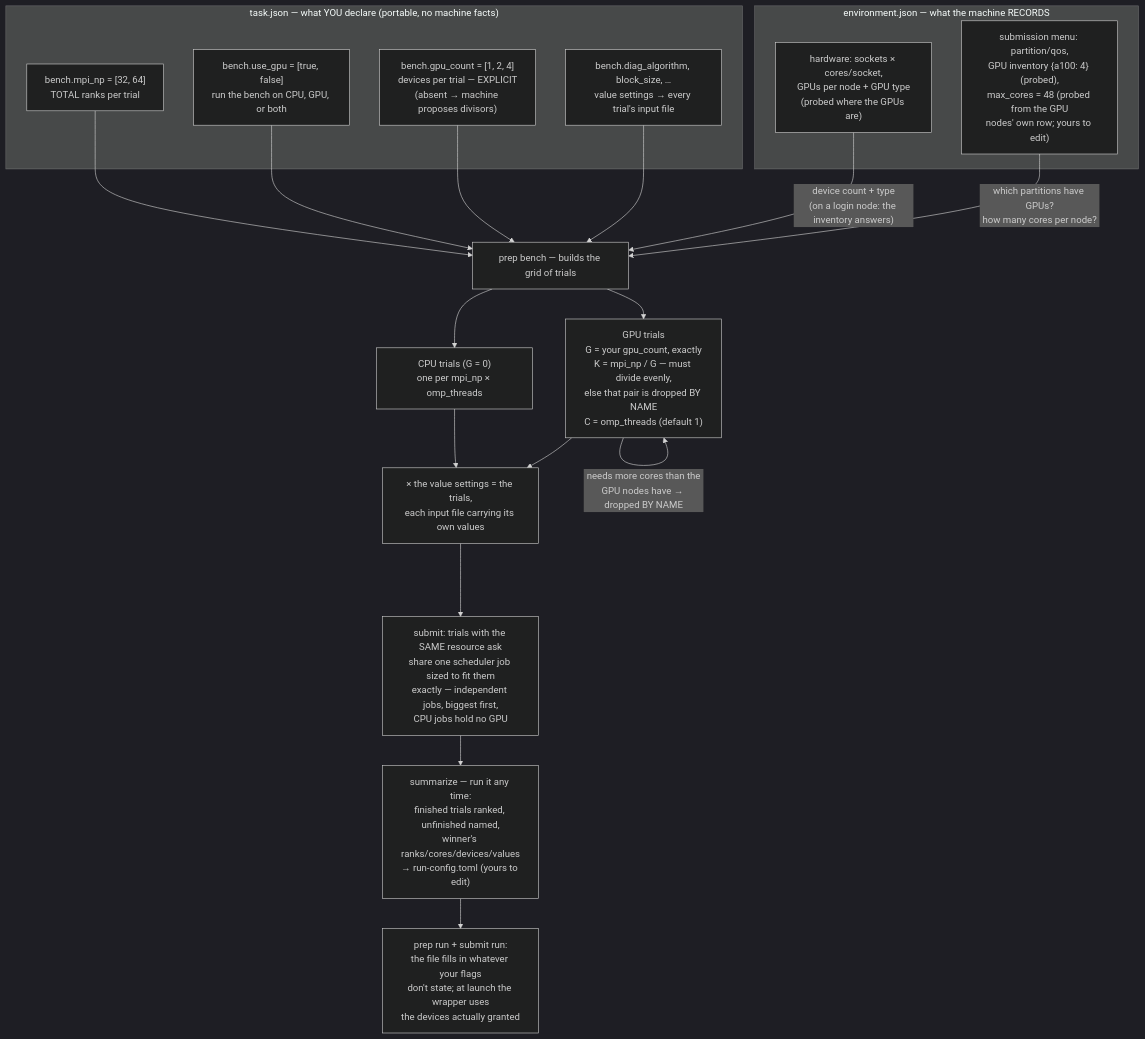
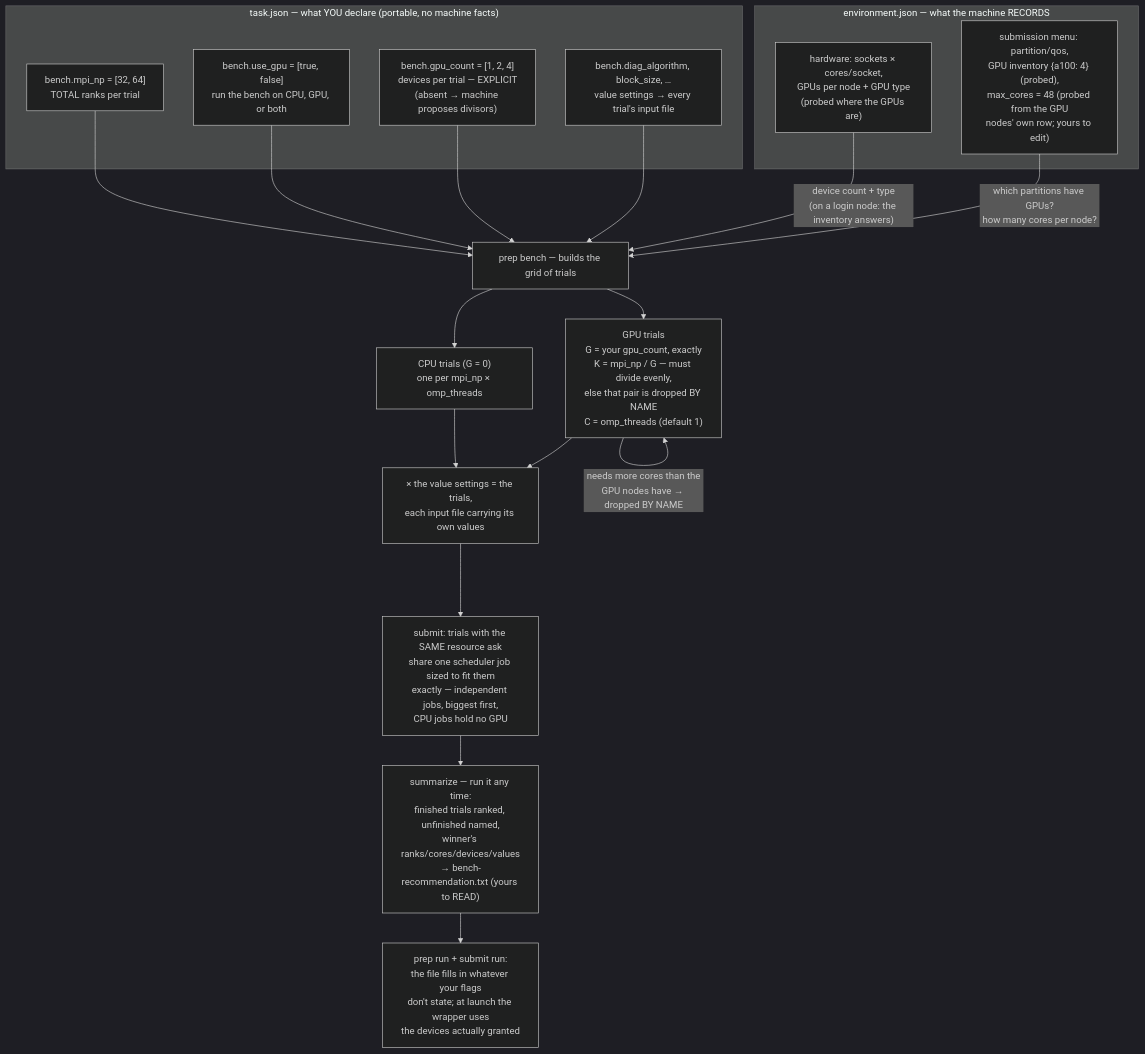
One commit to Qing-LAB/molbuilder changed the second of 4 diagrams in docs/engines/tuning.md. Above: the diagram before and after it, drawn with Mermaid (dark theme). The commit also changed other lines of this file and 28 other files, not shown here.

````diff
--- a/docs/engines/tuning.md
+++ b/docs/engines/tuning.md
@@ -555,28 +555,28 @@
 ```mermaid
 flowchart TD
     subgraph YOU["task.json — what YOU declare (portable, no machine facts)"]
         MP["bench.mpi_np = [32, 64]<br/>TOTAL ranks per trial"]
         EG["bench.use_gpu = [true, false]<br/>run the bench on CPU, GPU, or both"]
         GC["bench.gpu_count = [1, 2, 4]<br/>devices per trial — EXPLICIT<br/>(absent → machine proposes divisors)"]
         VA["bench.diag_algorithm, block_size, …<br/>value settings → every trial's input file"]
     end
     subgraph MACHINE["environment.json — what the machine RECORDS"]
         TOPO["hardware: sockets × cores/socket,<br/>GPUs per node + GPU type<br/>(probed where the GPUs are)"]
         DOM["submission menu: partition/qos,<br/>GPU inventory {a100: 4} (probed),<br/>max_cores = 48 (probed from the GPU<br/>nodes' own row; yours to edit)"]
     end
     PREP["prep bench — builds the grid of trials"]
     MP --> PREP
     EG --> PREP
     GC --> PREP
     VA --> PREP
     TOPO -->|"device count + type<br/>(on a login node: the inventory answers)"| PREP
     DOM -->|"which partitions have GPUs?<br/>how many cores per node?"| PREP
     PREP --> CPU["CPU trials (G = 0)<br/>one per mpi_np × omp_threads"]
     PREP --> GPU["GPU trials<br/>G = your gpu_count, exactly<br/>K = mpi_np / G — must divide evenly,<br/>else that pair is dropped BY NAME<br/>C = omp_threads (default 1)"]
     GPU -->|"needs more cores than the<br/>GPU nodes have → dropped BY NAME"| GPU
     CPU --> TRIALS["× the value settings = the trials,<br/>each input file carrying its own values"]
     GPU --> TRIALS
     TRIALS --> SHELF["submit: trials with the SAME resource ask<br/>share one scheduler job sized to fit them<br/>exactly — independent jobs, biggest first,<br/>CPU jobs hold no GPU"]
-    SHELF --> SUMM["summarize — run it any time:<br/>finished trials ranked, unfinished named,<br/>winner's ranks/cores/devices/values<br/>→ run-config.toml (yours to edit)"]
+    SHELF --> SUMM["summarize — run it any time:<br/>finished trials ranked, unfinished named,<br/>winner's ranks/cores/devices/values<br/>→ bench-recommendation.txt (yours to READ)"]
     SUMM --> RUN["prep run + submit run:<br/>the file fills in whatever your flags<br/>don't state; at launch the wrapper uses<br/>the devices actually granted"]
 ```
````
